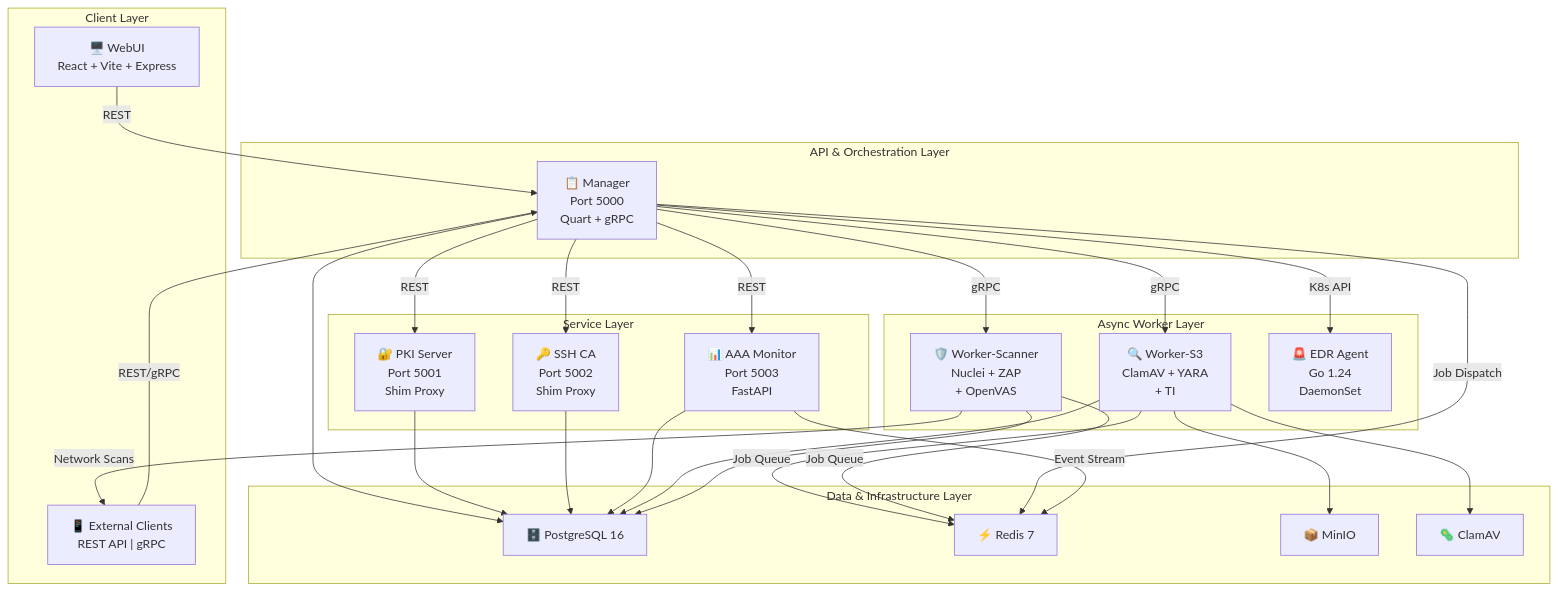
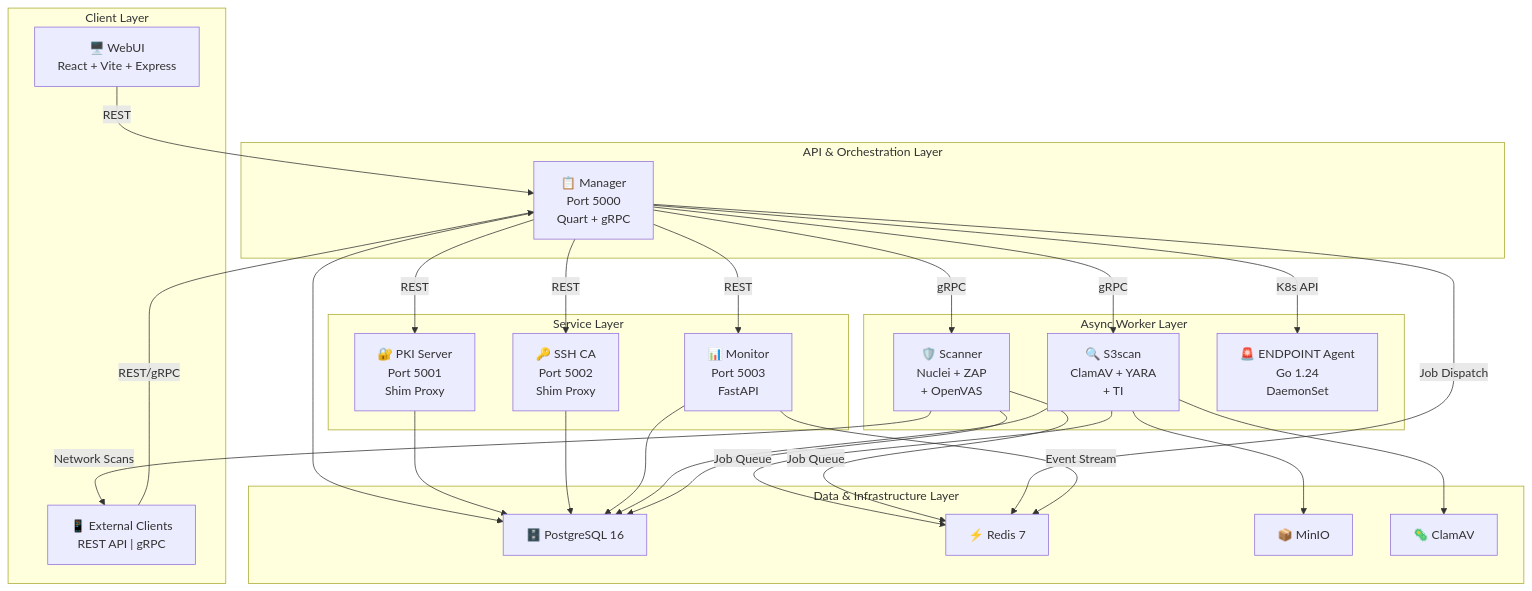
The first of 3 diagrams in docs/core/ARCHITECTURE.md (penguintechinc/skauswatch), drawn with Mermaid before and after one commit. The commit also changed other lines of this file and 631 other files, not shown here.

````diff
--- a/docs/core/ARCHITECTURE.md
+++ b/docs/core/ARCHITECTURE.md
@@ -9,61 +9,61 @@
 ```mermaid
 graph TB
     subgraph clients["Client Layer"]
         webui["🖥️ WebUI<br/>React + Vite + Express"]
         external["📱 External Clients<br/>REST API | gRPC"]
     end
 
     subgraph api_layer["API & Orchestration Layer"]
         manager["📋 Manager<br/>Port 5000<br/>Quart + gRPC"]
     end
 
     subgraph service_layer["Service Layer"]
         pki["🔐 PKI Server<br/>Port 5001<br/>Shim Proxy"]
-        ssh_ca["🔑 SSH CA<br/>Port 5002<br/>Shim Proxy"]
-        aaa["📊 AAA Monitor<br/>Port 5003<br/>FastAPI"]
+        sshca["🔑 SSH CA<br/>Port 5002<br/>Shim Proxy"]
+        aaa["📊 Monitor<br/>Port 5003<br/>FastAPI"]
     end
 
     subgraph worker_layer["Async Worker Layer"]
-        worker_s3["🔍 Worker-S3<br/>ClamAV + YARA<br/>+ TI"]
-        worker_scan["🛡️ Worker-Scanner<br/>Nuclei + ZAP<br/>+ OpenVAS"]
-        edr["🚨 EDR Agent<br/>Go 1.24<br/>DaemonSet"]
+        s3scan["🔍 S3scan<br/>ClamAV + YARA<br/>+ TI"]
+        worker_scan["🛡️ Scanner<br/>Nuclei + ZAP<br/>+ OpenVAS"]
+        endpoint["🚨 ENDPOINT Agent<br/>Go 1.24<br/>DaemonSet"]
     end
 
     subgraph data_layer["Data & Infrastructure Layer"]
         postgres["🗄️ PostgreSQL 16"]
         redis["⚡ Redis 7"]
         minio["📦 MinIO"]
         clamav["🦠 ClamAV"]
     end
 
     webui -->|REST| manager
     external -->|REST/gRPC| manager
     manager -->|REST| pki
-    manager -->|REST| ssh_ca
+    manager -->|REST| sshca
     manager -->|REST| aaa
-    manager -->|gRPC| worker_s3
+    manager -->|gRPC| s3scan
     manager -->|gRPC| worker_scan
-    manager -->|K8s API| edr
+    manager -->|K8s API| endpoint
 
-    worker_s3 -->|Job Queue| redis
+    s3scan -->|Job Queue| redis
     worker_scan -->|Job Queue| redis
     manager -->|Job Dispatch| redis
     aaa -->|Event Stream| redis
 
     manager --> postgres
     pki --> postgres
-    ssh_ca --> postgres
+    sshca --> postgres
     aaa --> postgres
-    worker_s3 --> postgres
+    s3scan --> postgres
     worker_scan --> postgres
 
-    worker_s3 --> minio
-    worker_s3 --> clamav
+    s3scan --> minio
+    s3scan --> clamav
     worker_scan -->|Network Scans| external
 
     classDef client fill:#06b6d4
     classDef api fill:#4f46e5
     classDef service fill:#7c3aed
     classDef worker fill:#ec4899
     classDef data fill:#f97316
 ```
````
